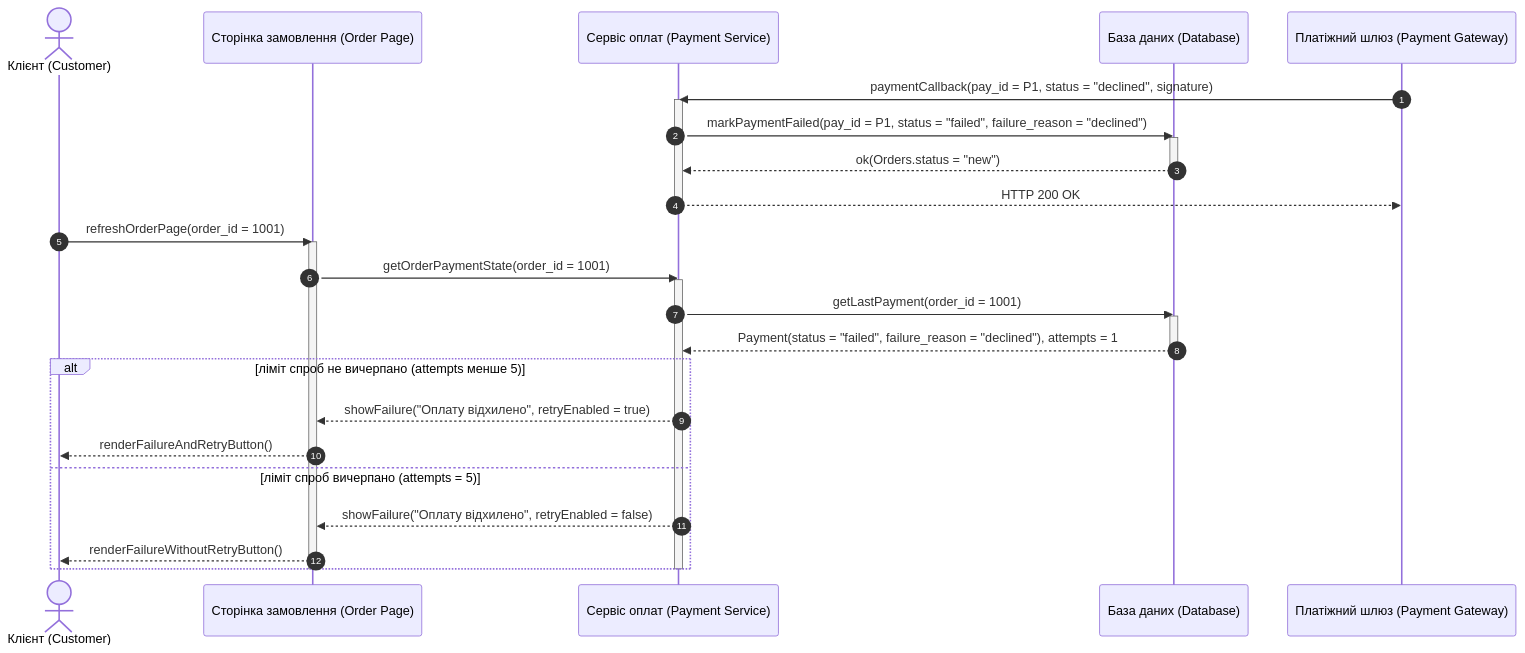
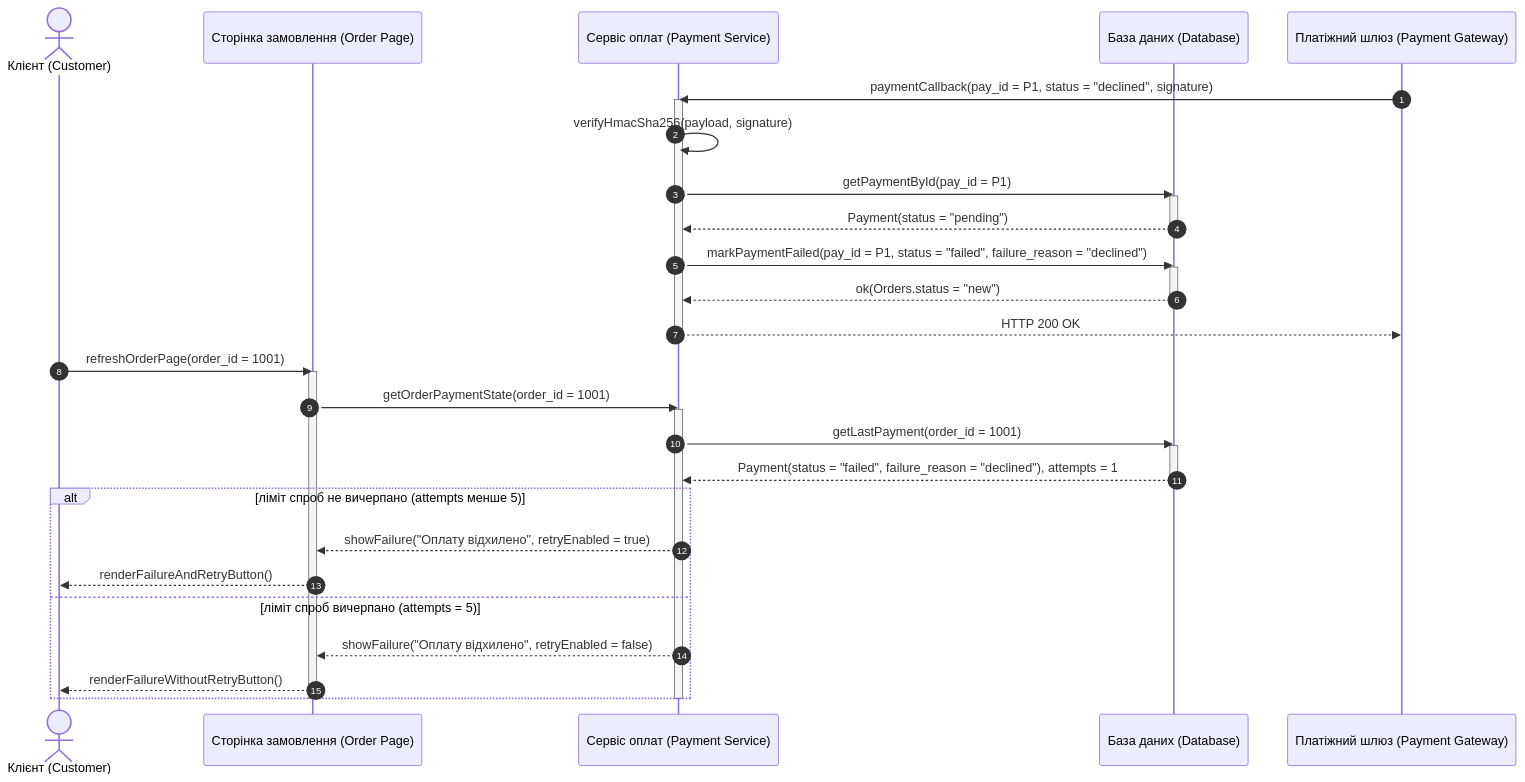
The fifth of 15 diagrams in Lab3/diagram.md (hutnichs/KPI_MAVPZ), drawn with Mermaid before and after one commit. The commit also changed other lines of this file and 1 other file, not shown here.

Commit message:
Updated payment callback, error messages and prompt added

````diff
--- a/Lab3/diagram.md
+++ b/Lab3/diagram.md
@@ -204,36 +236,41 @@
 ```mermaid
 sequenceDiagram
     autonumber
     actor Customer as Клієнт (Customer)
     participant Page as Сторінка замовлення (Order Page)
     participant PS as Сервіс оплат (Payment Service)
     participant DB as База даних (Database)
     participant PGW as Платіжний шлюз (Payment Gateway)
 
     PGW->>PS: paymentCallback(pay_id = P1, status = "declined", signature)
     activate PS
+    PS->>PS: verifyHmacSha256(payload, signature)
+    PS->>DB: getPaymentById(pay_id = P1)
+    activate DB
+    DB-->>PS: Payment(status = "pending")
+    deactivate DB
     PS->>DB: markPaymentFailed(pay_id = P1, status = "failed", failure_reason = "declined")
     activate DB
     DB-->>PS: ok(Orders.status = "new")
     deactivate DB
     PS-->>PGW: HTTP 200 OK
     deactivate PS
 
     Customer->>Page: refreshOrderPage(order_id = 1001)
     activate Page
     Page->>PS: getOrderPaymentState(order_id = 1001)
     activate PS
     PS->>DB: getLastPayment(order_id = 1001)
     activate DB
     DB-->>PS: Payment(status = "failed", failure_reason = "declined"), attempts = 1
     deactivate DB
     alt ліміт спроб не вичерпано (attempts менше 5)
         PS-->>Page: showFailure("Оплату відхилено", retryEnabled = true)
         Page-->>Customer: renderFailureAndRetryButton()
     else ліміт спроб вичерпано (attempts = 5)
         PS-->>Page: showFailure("Оплату відхилено", retryEnabled = false)
         Page-->>Customer: renderFailureWithoutRetryButton()
     end
     deactivate PS
     deactivate Page
 ```
````
